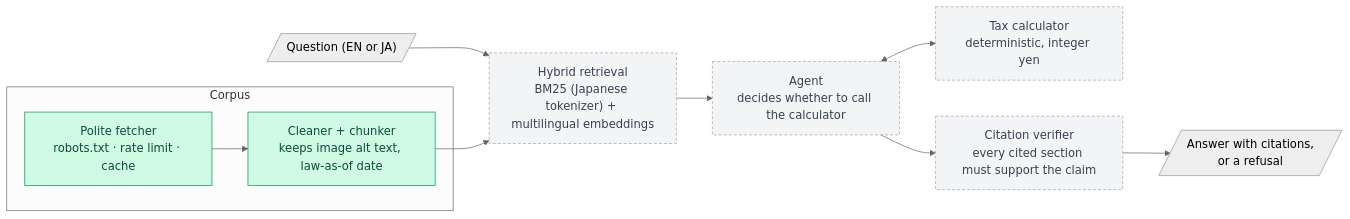
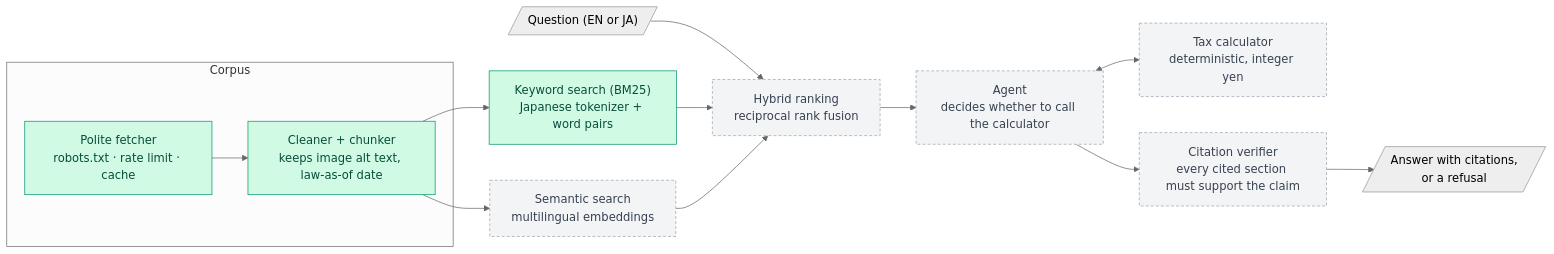
One commit to realkyle/zeimu changed the diagram in README.md. Above: the diagram before and after it, drawn with Mermaid (neutral theme). The commit also changed other lines of this file and 10 other files, not shown here.

First line of the commit message:
feat(index): Japanese tokenizer and BM25 keyword search (#6)

````diff
--- a/README.md
+++ b/README.md
@@ -18,17 +18,20 @@
 ```mermaid
 flowchart LR
     Q[/"Question (EN or JA)"/] --> R
     subgraph Corpus
         F["Polite fetcher<br/>robots.txt · rate limit · cache"] --> C["Cleaner + chunker<br/>keeps image alt text, law-as-of date"]
     end
-    C --> R["Hybrid retrieval<br/>BM25 (Japanese tokenizer) + multilingual embeddings"]
+    C --> K["Keyword search (BM25)<br/>Japanese tokenizer + word pairs"]
+    C --> E["Semantic search<br/>multilingual embeddings"]
+    K --> R["Hybrid ranking<br/>reciprocal rank fusion"]
+    E --> R
     R --> A["Agent<br/>decides whether to call the calculator"]
     A <--> T["Tax calculator<br/>deterministic, integer yen"]
     A --> V["Citation verifier<br/>every cited section must support the claim"]
     V --> O[/"Answer with citations,<br/>or a refusal"/]
 
     classDef built fill:#d1fae5,stroke:#059669,color:#064e3b
     classDef planned fill:#f3f4f6,stroke:#9ca3af,stroke-dasharray:4 3,color:#374151
-    class F,C built
-    class R,A,T,V planned
+    class F,C,K built
+    class E,R,A,T,V planned
 ```
````
